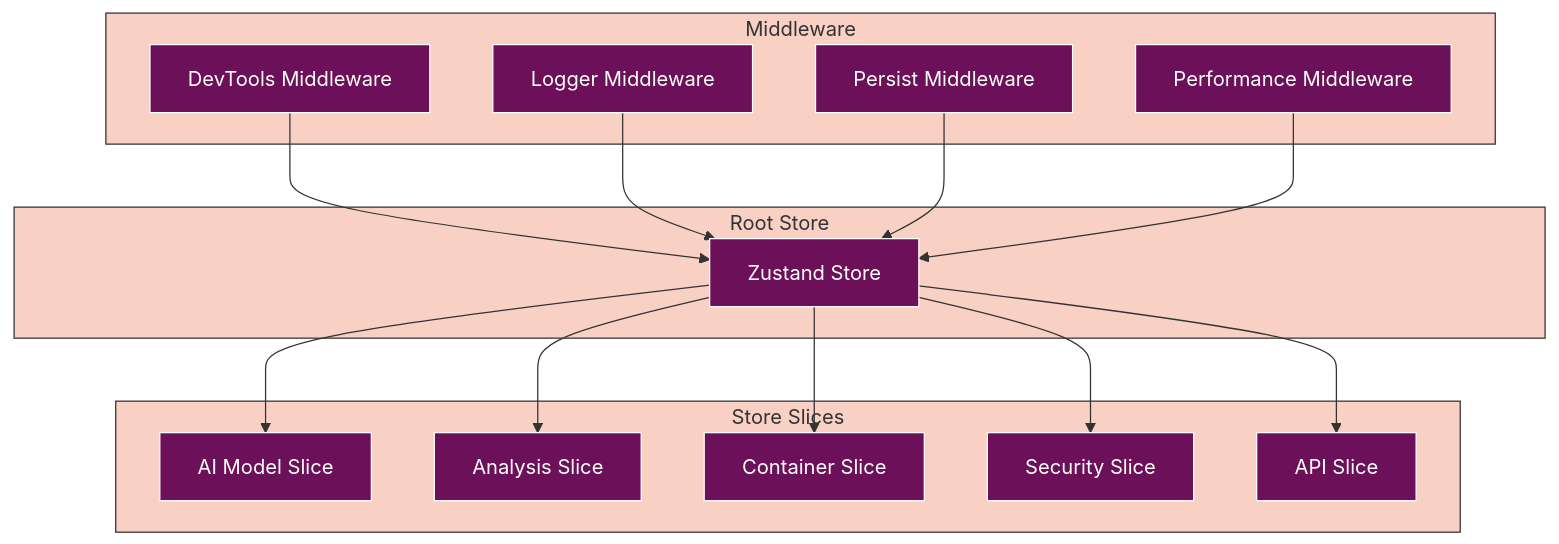
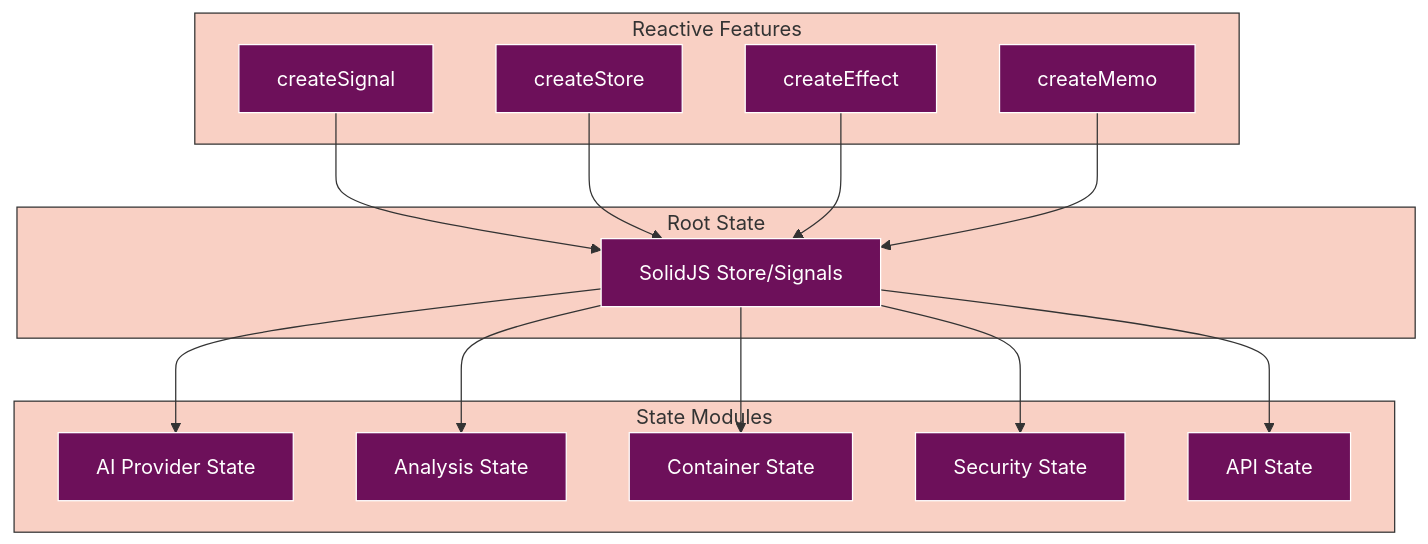
One commit to radicalkjax/Athena changed the tenth of 26 diagrams in docs/ARCHITECTURE.md. Above: the diagram before and after it, drawn with Mermaid. The commit also changed other lines of this file and 21 other files, not shown here.

````diff
--- a/docs/ARCHITECTURE.md
+++ b/docs/ARCHITECTURE.md
@@ -693,53 +695,53 @@
 ```mermaid
 %%{init: {
   'theme': 'base',
   'themeVariables': {
     'primaryColor': '#6d105a',
     'primaryTextColor': '#ffffff',
     'primaryBorderColor': '#ffffff',
     'lineColor': '#333333',
     'secondaryColor': '#e8f4d4',
     'secondaryTextColor': '#333333',
     'secondaryBorderColor': '#333333',
     'tertiaryColor': '#f9d0c4',
     'tertiaryTextColor': '#333333',
     'tertiaryBorderColor': '#333333',
     'background': '#ffffff',
     'mainBkg': '#6d105a',
     'secondBkg': '#e8f4d4',
     'tertiaryBkg': '#f9d0c4',
     'textColor': '#333333',
     'fontFamily': 'Arial, sans-serif'
   }
 }}%%
 graph TB
-    subgraph "Root Store"
-        Store[Zustand Store]
+    subgraph "Root State"
+        Store[SolidJS Store/Signals]
     end
-    
-    subgraph "Store Slices"
-        AISlice[AI Model Slice]
-        AnalysisSlice[Analysis Slice]
-        ContainerSlice[Container Slice]
-        SecuritySlice[Security Slice]
-        APISlice[API Slice]
+
+    subgraph "State Modules"
+        AISlice[AI Provider State]
+        AnalysisSlice[Analysis State]
+        ContainerSlice[Container State]
+        SecuritySlice[Security State]
+        APISlice[API State]
     end
-    
-    subgraph "Middleware"
-        DevTools[DevTools Middleware]
-        Logger[Logger Middleware]
-        Persist[Persist Middleware]
-        Performance[Performance Middleware]
+
+    subgraph "Reactive Features"
+        Signals[createSignal]
+        Stores[createStore]
+        Effects[createEffect]
+        Memos[createMemo]
     end
-    
+
     Store --> AISlice
     Store --> AnalysisSlice
     Store --> ContainerSlice
     Store --> SecuritySlice
     Store --> APISlice
-    
-    DevTools --> Store
-    Logger --> Store
-    Persist --> Store
-    Performance --> Store
+
+    Signals --> Store
+    Stores --> Store
+    Effects --> Store
+    Memos --> Store
 ```
````
